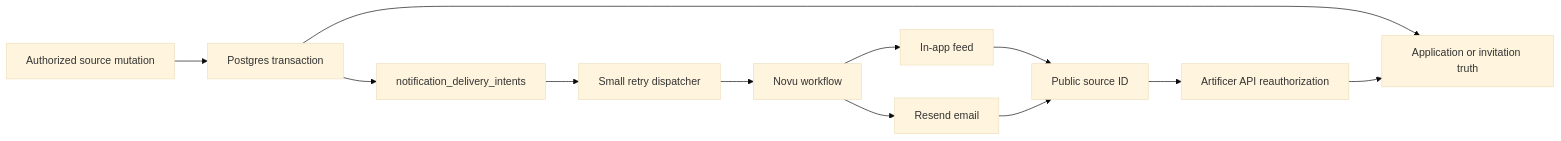
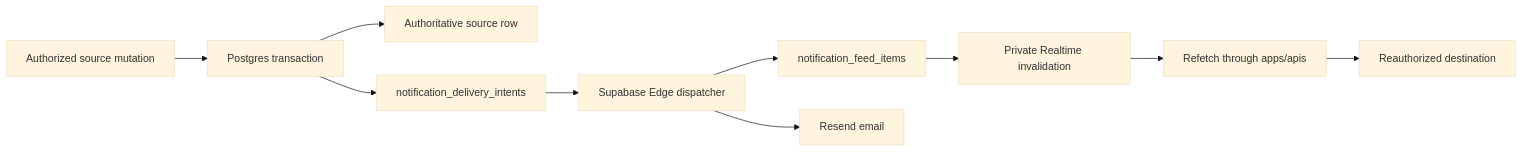
Before and after one commit to MPiland/artificer-toolkit: the diagram in docs/roadmap/05-notifications-and-delivery.md, drawn with Mermaid (base theme). The commit also changed other lines of this file and 80 other files, not shown here.

Commit message:
Move notification delivery to Supabase

````diff
--- a/docs/roadmap/05-notifications-and-delivery.md
+++ b/docs/roadmap/05-notifications-and-delivery.md
@@ -50,14 +26,12 @@
 ```mermaid
 flowchart LR
   Source["Authorized source mutation"] --> Tx["Postgres transaction"]
-  Tx --> Domain["Application or invitation truth"]
+  Tx --> Domain["Authoritative source row"]
   Tx --> Intent["notification_delivery_intents"]
-  Intent --> Dispatcher["Small retry dispatcher"]
-  Dispatcher --> Novu["Novu workflow"]
-  Novu --> Inbox["In-app feed"]
-  Novu --> Resend["Resend email"]
-  Inbox --> Link["Public source ID"]
-  Resend --> Link
-  Link --> API["Artificer API reauthorization"]
-  API --> Domain
+  Intent --> Edge["Supabase Edge dispatcher"]
+  Edge --> Feed["notification_feed_items"]
+  Edge --> Resend["Resend email"]
+  Feed --> Hint["Private Realtime invalidation"]
+  Hint --> API["Refetch through apps/apis"]
+  API --> Link["Reauthorized destination"]
 ```
````
